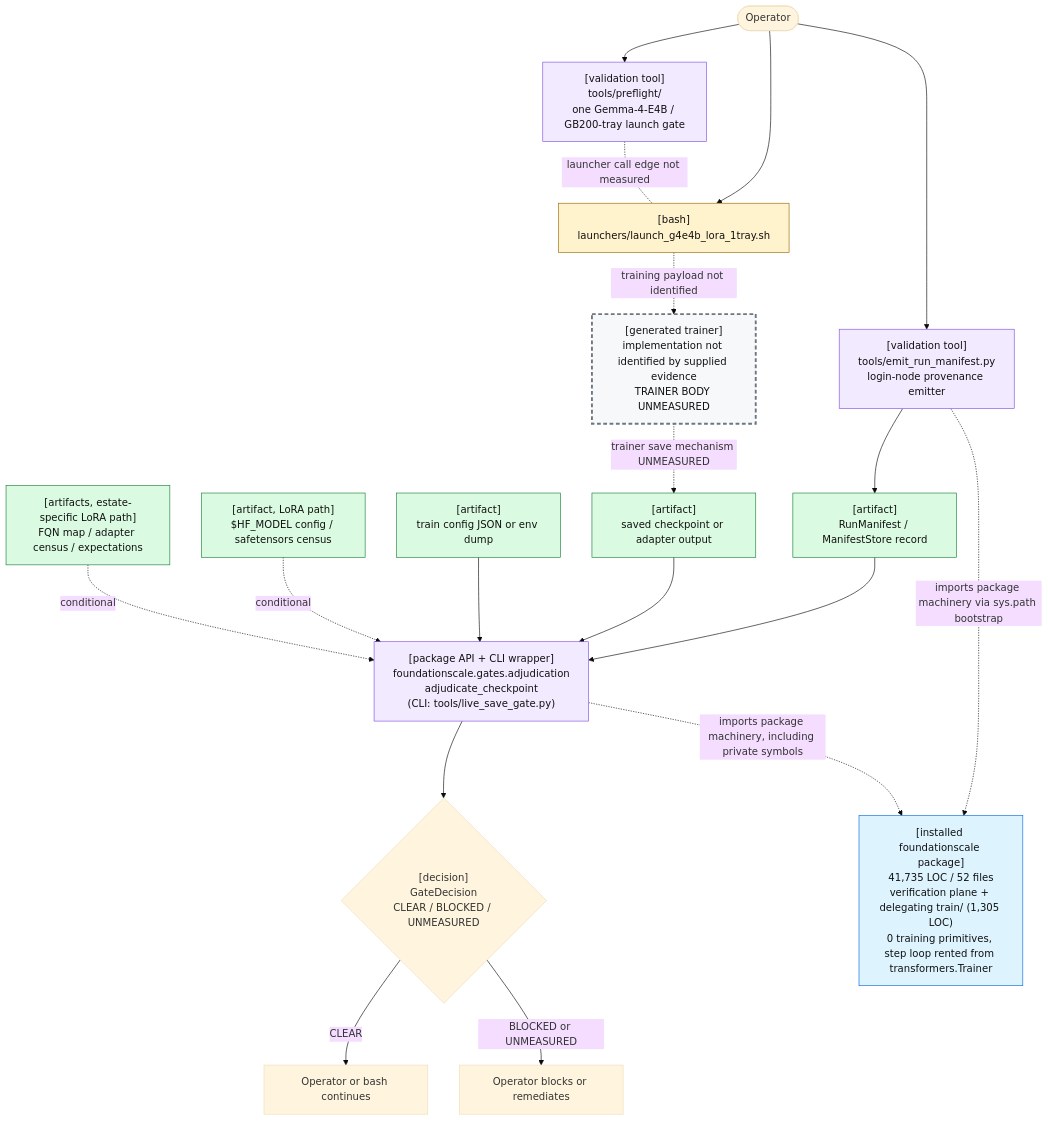
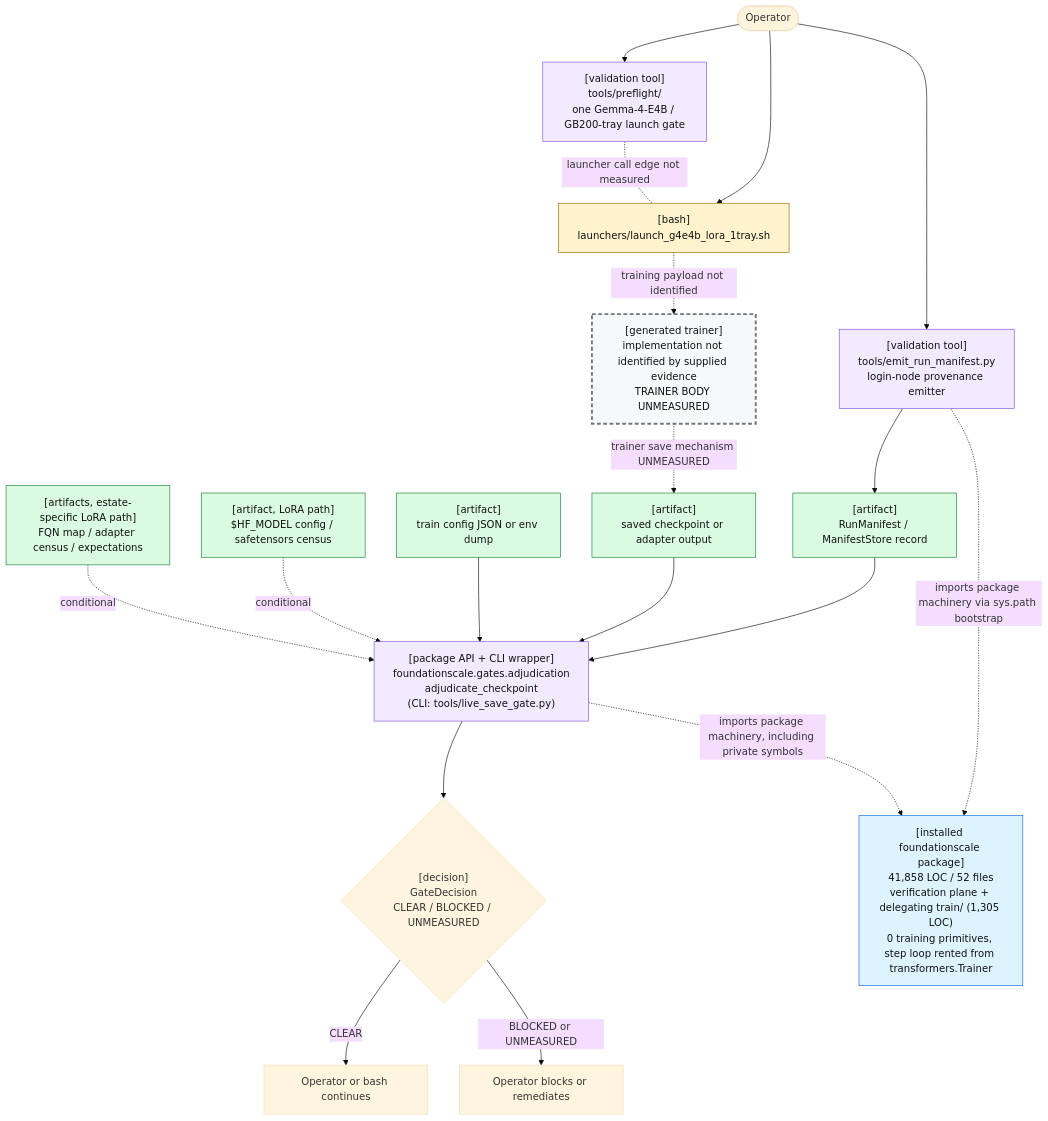
One commit to TranNhiem/FoundationScale changed the first of 2 diagrams in docs/review/D2_current_architecture.md. Above: the diagram before and after it, drawn with Mermaid (base theme). The commit also changed other lines of this file and 23 other files, not shown here.

````diff
--- a/docs/review/D2_current_architecture.md
+++ b/docs/review/D2_current_architecture.md
@@ -25,59 +25,59 @@
 ```mermaid
 flowchart TB
   O(["Operator"])
 
   PF["[validation tool]<br/>tools/preflight/<br/>one Gemma-4-E4B / GB200-tray launch gate"]
   L["[bash]<br/>launchers/launch_g4e4b_lora_1tray.sh"]
 
   E["[validation tool]<br/>tools/emit_run_manifest.py<br/>login-node provenance emitter"]
   M["[artifact]<br/>RunManifest / ManifestStore record"]
 
   T["[generated trainer]<br/>implementation not identified by supplied evidence<br/>TRAINER BODY UNMEASURED"]
   C["[artifact]<br/>saved checkpoint or adapter output"]
 
   G["[package API + CLI wrapper]<br/>foundationscale.gates.adjudication<br/>adjudicate_checkpoint<br/>(CLI: tools/live_save_gate.py)"]
   CFG["[artifact]<br/>train config JSON or env dump"]
   BASE["[artifact, LoRA path]<br/>$HF_MODEL config / safetensors census"]
   CEN["[artifacts, estate-specific LoRA path]<br/>FQN map / adapter census / expectations"]
 
   D{"[decision]<br/>GateDecision<br/>CLEAR / BLOCKED / UNMEASURED"}
   OK["Operator or bash continues"]
   NO["Operator blocks or remediates"]
 
-  PKG["[installed foundationscale package]<br/>41,735 LOC / 52 files<br/>verification plane + delegating train/ (1,305 LOC)<br/>0 training primitives, step loop rented from transformers.Trainer"]
+  PKG["[installed foundationscale package]<br/>41,858 LOC / 52 files<br/>verification plane + delegating train/ (1,305 LOC)<br/>0 training primitives, step loop rented from transformers.Trainer"]
 
   O --> PF
   O --> L
   PF -. "launcher call edge not measured" .- L
 
   O --> E
   E --> M
 
   L -. "training payload not identified" .-> T
   T -. "trainer save mechanism UNMEASURED" .-> C
 
   M --> G
   C --> G
   CFG --> G
   BASE -. "conditional" .-> G
   CEN -. "conditional" .-> G
 
   E -. "imports package machinery via sys.path bootstrap" .-> PKG
   G -. "imports package machinery, including private symbols" .-> PKG
 
   G --> D
   D -->|"CLEAR"| OK
   D -->|"BLOCKED or UNMEASURED"| NO
 
   classDef bash fill:#fff3cd,stroke:#9a6700,color:#111;
   classDef tool fill:#f2eaff,stroke:#8250df,color:#111;
   classDef artifact fill:#dafbe1,stroke:#1a7f37,color:#111;
   classDef gap fill:#f6f8fa,stroke:#6e7781,stroke-width:3px,stroke-dasharray: 6 4,color:#111;
   classDef pkg fill:#ddf4ff,stroke:#0969da,color:#111;
 
   class L bash;
   class PF,E,G tool;
   class M,C,CFG,BASE,CEN artifact;
   class T gap;
   class PKG pkg;
 ```
````
